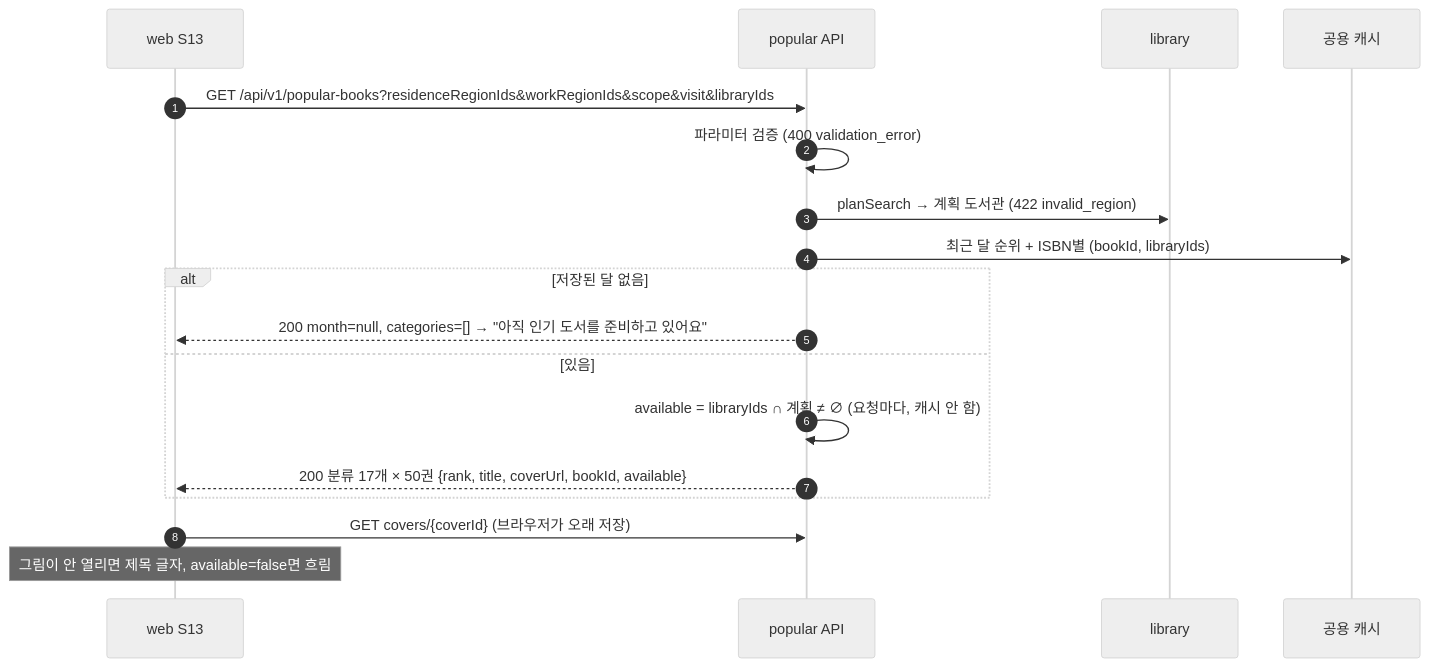
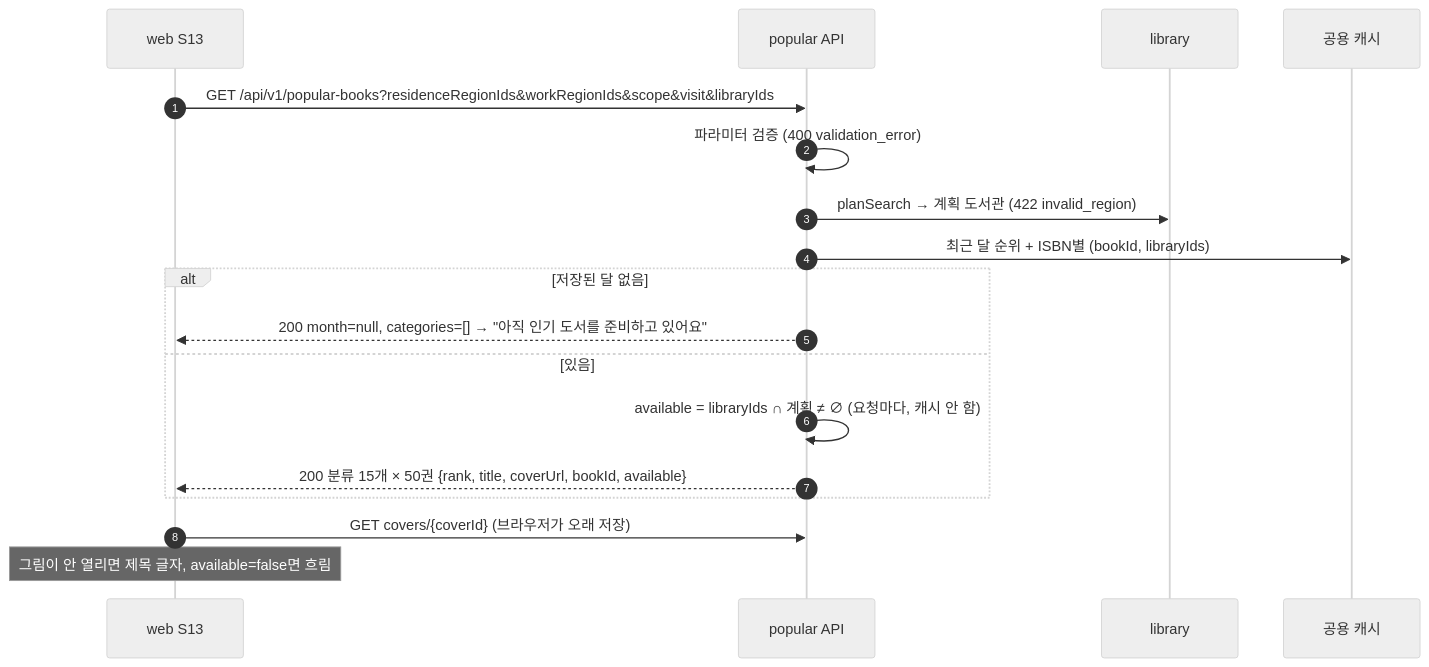
One commit to hodu-sketch/chaekcheck-plan changed diagram 29 of 34 in docs/current/flows.md. Above: the diagram before and after it, drawn with Mermaid (neutral theme). The commit also changed other lines of this file and 20 other files, not shown here.

````diff
--- a/docs/current/flows.md
+++ b/docs/current/flows.md
@@ -860,20 +864,20 @@
 ```mermaid
 sequenceDiagram
   autonumber
   participant W as web S13
   participant P as popular API
   participant L as library
   participant C as 공용 캐시
   W->>P: GET /api/v1/popular-books?residenceRegionIds&workRegionIds&scope&visit&libraryIds
   P->>P: 파라미터 검증 (400 validation_error)
   P->>L: planSearch → 계획 도서관 (422 invalid_region)
   P->>C: 최근 달 순위 + ISBN별 (bookId, libraryIds)
   alt 저장된 달 없음
     P-->>W: 200 month=null, categories=[] → "아직 인기 도서를 준비하고 있어요"
   else 있음
     P->>P: available = libraryIds ∩ 계획 ≠ ∅ (요청마다, 캐시 안 함)
-    P-->>W: 200 분류 17개 × 50권 {rank, title, coverUrl, bookId, available}
+    P-->>W: 200 분류 15개 × 50권 {rank, title, coverUrl, bookId, available}
   end
   W->>P: GET covers/{coverId} (브라우저가 오래 저장)
   Note over W: 그림이 안 열리면 제목 글자, available=false면 흐림
 ```
````
